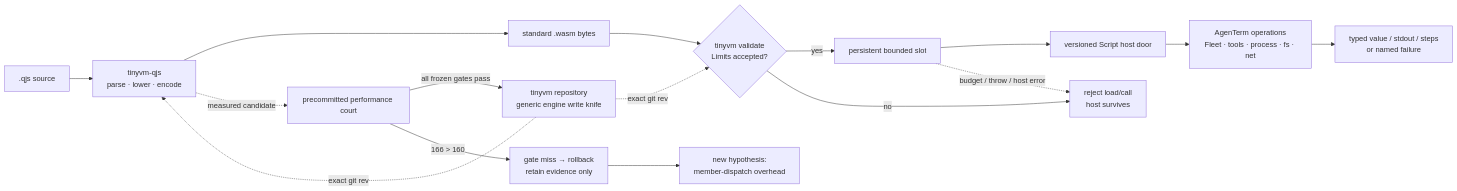
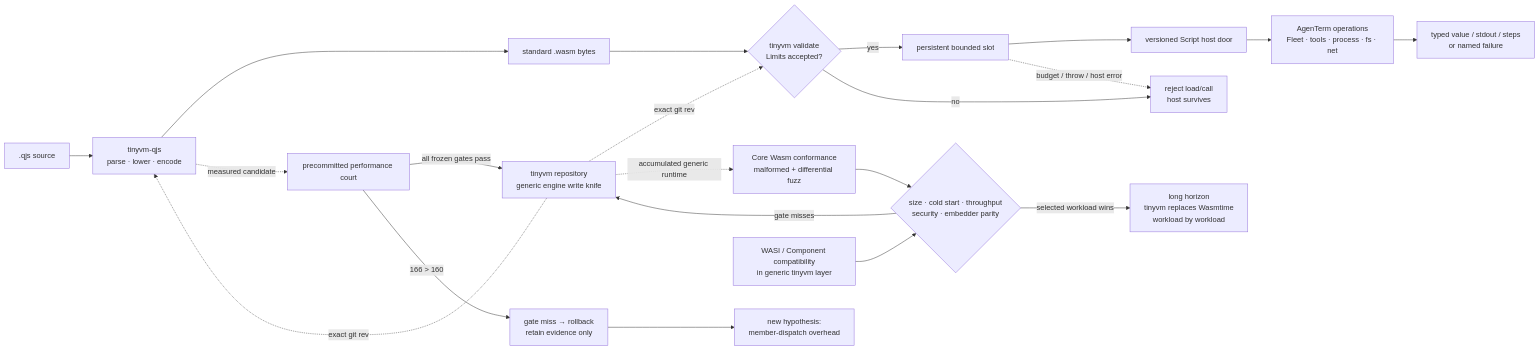
The diagram in prd/PRD_02_36_agenterm_qjswasm.md (partnernetsoftware/agenterm), drawn with Mermaid before and after one commit. The commit also changed other lines of this file, not shown here.

Commit message:
prd(qjswasm): set Wasmtime replacement north star

````diff
--- a/prd/PRD_02_36_agenterm_qjswasm.md
+++ b/prd/PRD_02_36_agenterm_qjswasm.md
@@ -58,25 +64,33 @@
 ```mermaid
 flowchart LR
   SRC[".qjs source"]
   COMP["tinyvm-qjs<br/>parse · lower · encode"]
   WASM["standard .wasm bytes"]
   LOAD{"tinyvm validate<br/>Limits accepted?"}
   SLOT["persistent bounded slot"]
   DOOR["versioned Script host door"]
   PRODUCT["AgenTerm operations<br/>Fleet · tools · process · fs · net"]
   RECEIPT["typed value / stdout / steps<br/>or named failure"]
   UP["tinyvm repository<br/>generic engine write knife"]
   REJECT["reject load/call<br/>host survives"]
   PERF["precommitted performance court"]
   ROLLBACK["gate miss → rollback<br/>retain evidence only"]
   NEXT["new hypothesis:<br/>member-dispatch overhead"]
+  NORTH["long horizon<br/>tinyvm replaces Wasmtime<br/>workload by workload"]
+  CORE["Core Wasm conformance<br/>malformed + differential fuzz"]
+  COURT{"size · cold start · throughput<br/>security · embedder parity"}
+  STANDARD["WASI / Component compatibility<br/>in generic tinyvm layer"]
 
   SRC --> COMP --> WASM --> LOAD
   UP -. exact git rev .-> COMP & LOAD
   LOAD -->|yes| SLOT --> DOOR --> PRODUCT --> RECEIPT
   LOAD -->|no| REJECT
   SLOT -. budget / throw / host error .-> REJECT
   COMP -. measured candidate .-> PERF
   PERF -->|all frozen gates pass| UP
   PERF -->|166 > 160| ROLLBACK --> NEXT
+  UP -. accumulated generic runtime .-> CORE --> COURT
+  STANDARD --> COURT
+  COURT -->|selected workload wins| NORTH
+  COURT -->|gate misses| UP
 ```
````
